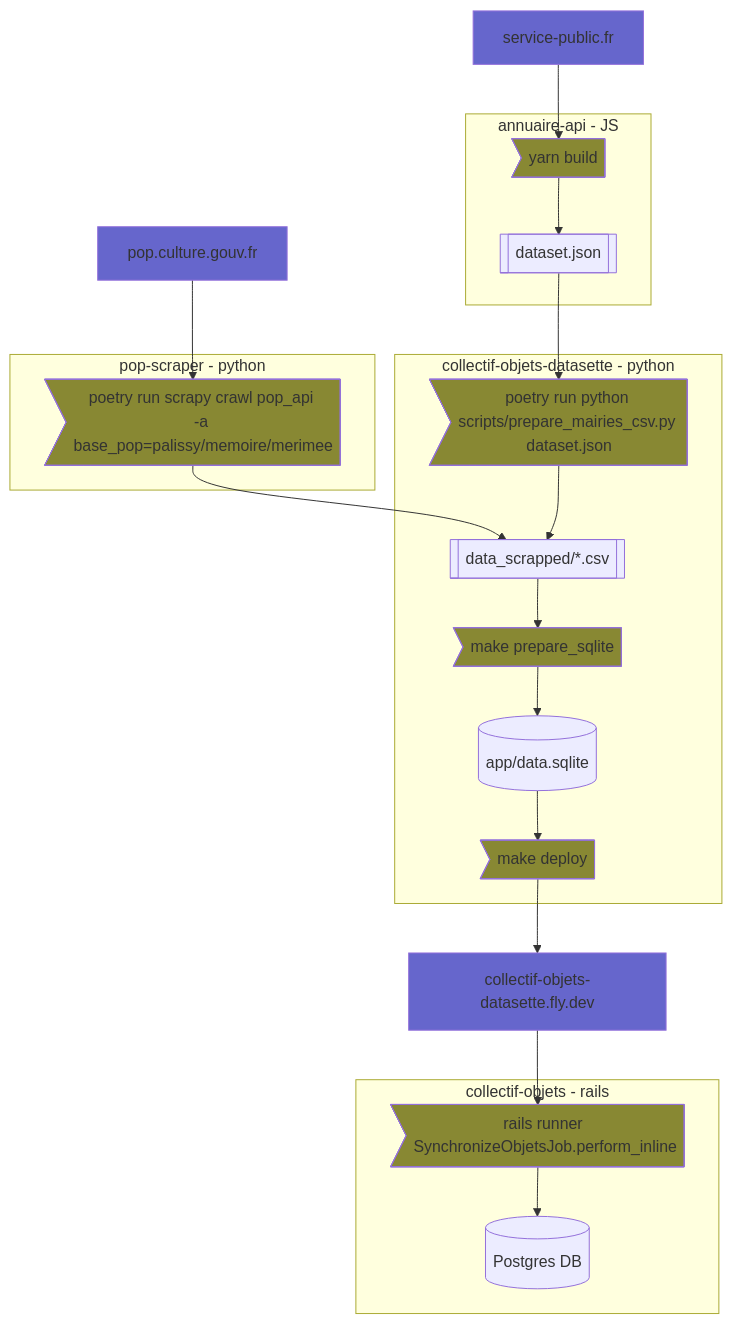
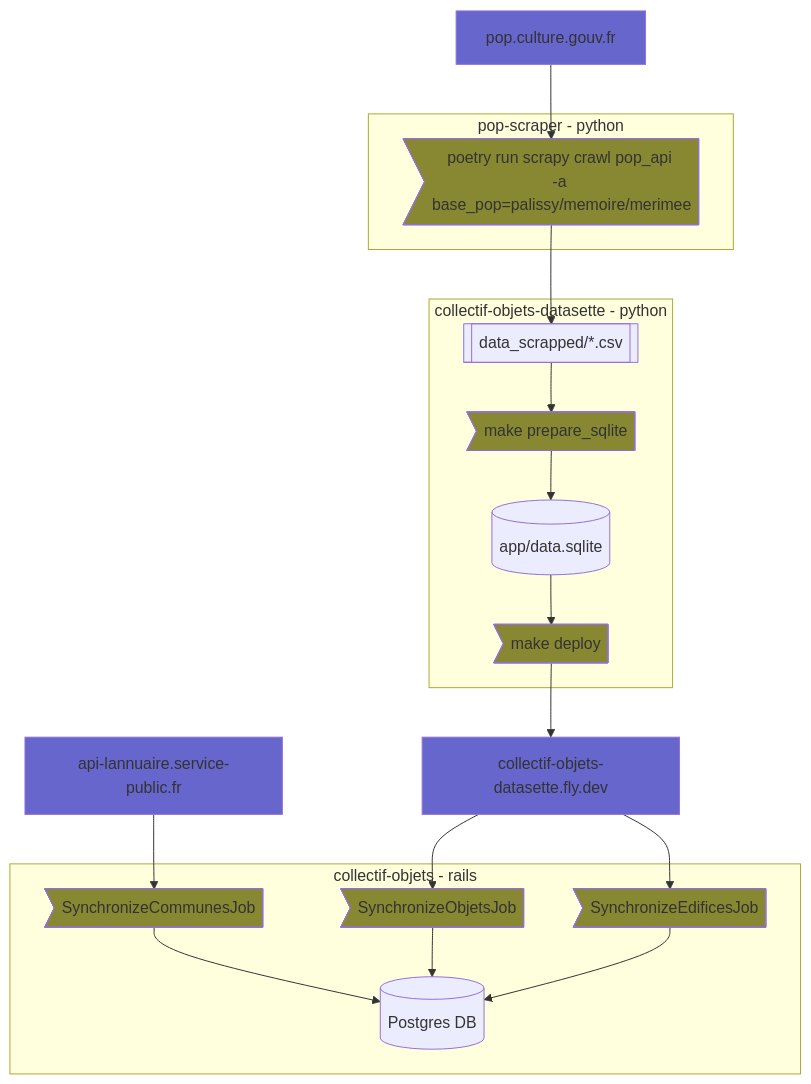
Before and after one commit to betagouv/collectif-objets: the third of 4 diagrams in README.md, drawn with Mermaid. The commit also changed other lines of this file, not shown here.

````diff
--- a/README.md
+++ b/README.md
@@ -410,54 +410,54 @@
 ```mermaid
 flowchart TB
 
-service_public[service-public.fr]
+api_service_public[api-lannuaire.service-public.fr]
 pop[pop.culture.gouv.fr]
 fly[collectif-objets-datasette.fly.dev]
 
-subgraph annuaire_api[annuaire-api - JS]
-  annuaire_api_run>yarn build]
-  dataset_json[[dataset.json]]
-end
 
 subgraph scraper[pop-scraper - python]
   scraper_run>poetry run scrapy crawl pop_api \n-a base_pop=palissy/memoire/merimee]
 end
 
 subgraph datasette[collectif-objets-datasette - python]
-  datasette_run_mairies>poetry run python \nscripts/prepare_mairies_csv.py dataset.json]
   datasette_run_sqlite>make prepare_sqlite]
   datasette_run_deploy>make deploy]
   csvs[[data_scrapped/*.csv]]
   sqlite[(app/data.sqlite)]
 end
 
 subgraph rails[collectif-objets - rails]
-  rails_run>rails runner SynchronizeObjetsJob.perform_inline]
+  rails_run_edifices>SynchronizeEdificesJob]
+  rails_run_objets>SynchronizeObjetsJob]
+  rails_run_communes>SynchronizeCommunesJob]
   postgres[(Postgres DB)]
 end
 
 pop --> scraper_run
 scraper_run --> csvs
 
-annuaire_api_run --> dataset_json
-service_public --> annuaire_api_run
-dataset_json --> datasette_run_mairies
-datasette_run_mairies --> csvs
 csvs --> datasette_run_sqlite
 datasette_run_sqlite --> sqlite
 sqlite --> datasette_run_deploy
 datasette_run_deploy --> fly
-fly --> rails_run
-rails_run --> postgres
+fly --> rails_run_objets
+rails_run_objets --> postgres
+
+api_service_public --> rails_run_communes
+rails_run_communes --> postgres
+
+fly --> rails_run_edifices
+rails_run_edifices --> postgres
+
 
 style pop fill:#6666cc
 style fly fill:#6666cc
-style service_public fill:#6666cc
+style api_service_public fill:#6666cc
 
-style annuaire_api_run fill:#888833
-style datasette_run_mairies fill:#888833
 style datasette_run_sqlite fill:#888833
 style datasette_run_deploy fill:#888833
-style rails_run fill:#888833
+style rails_run_objets fill:#888833
+style rails_run_communes fill:#888833
+style rails_run_edifices fill:#888833
 style scraper_run fill:#888833
 ```
````
